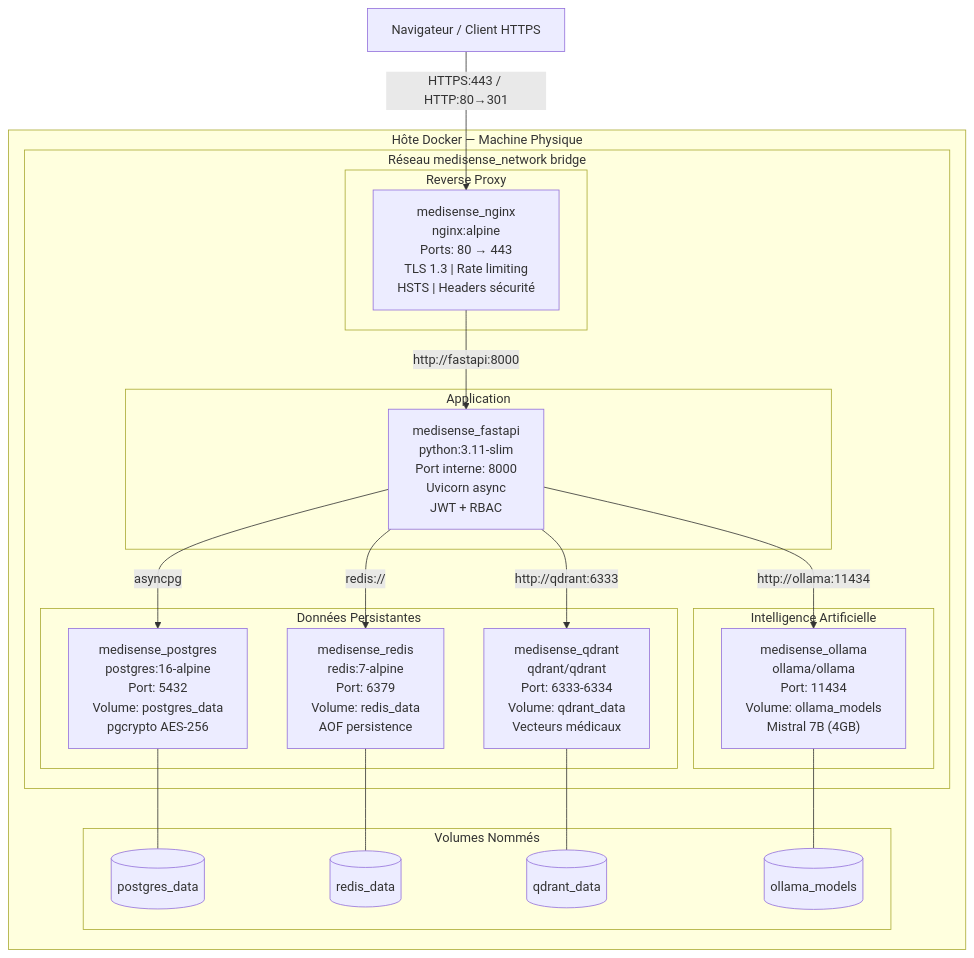
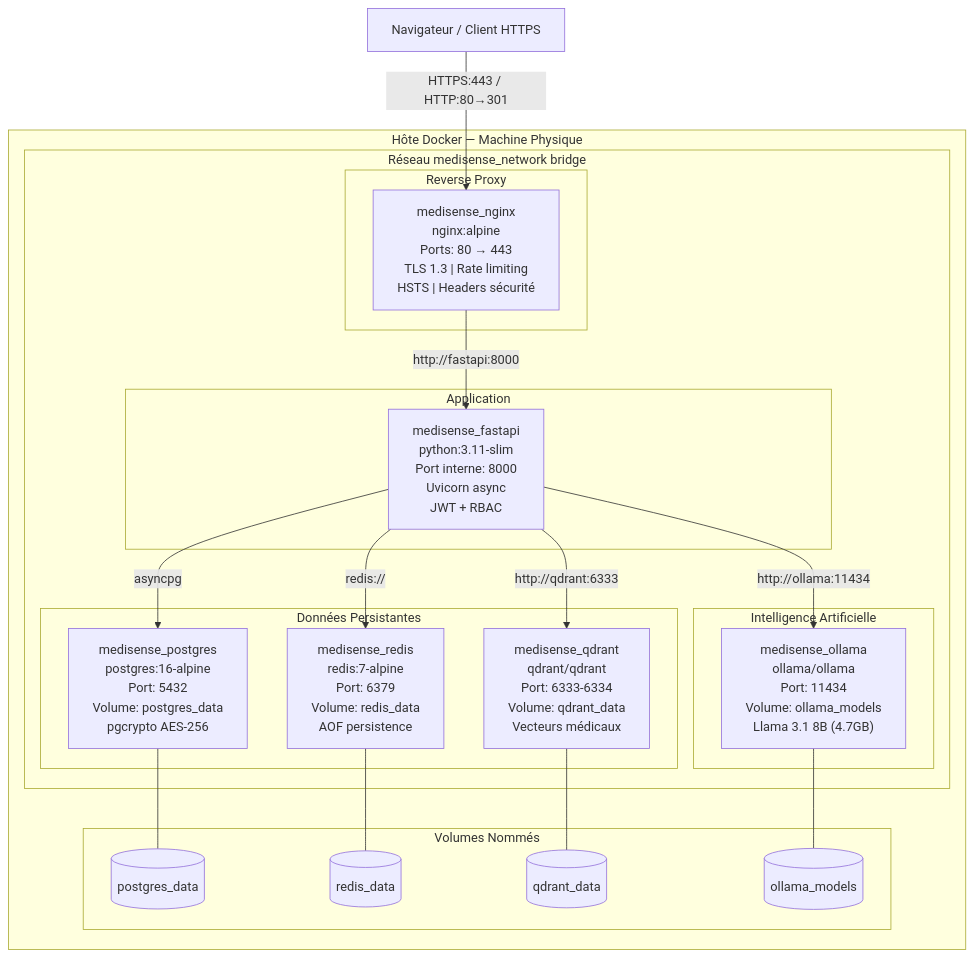
Before and after one commit to Boussyf0/MediSense-AI: the second of 32 diagrams in docs/DIAGRAMMES.md, drawn with Mermaid. The commit also changed other lines of this file and 17 other files, not shown here.

````diff
--- a/docs/DIAGRAMMES.md
+++ b/docs/DIAGRAMMES.md
@@ -129,46 +129,46 @@
 ```mermaid
 flowchart TB
     INTERNET["Navigateur / Client HTTPS"]
 
     subgraph HOST["Hôte Docker — Machine Physique"]
         subgraph NET["Réseau medisense_network bridge"]
 
             subgraph PROXY["Reverse Proxy"]
                 NGINX["medisense_nginx<br/>nginx:alpine<br/>Ports: 80 → 443<br/>TLS 1.3 | Rate limiting<br/>HSTS | Headers sécurité"]
             end
 
             subgraph APP["Application"]
                 FASTAPI["medisense_fastapi<br/>python:3.11-slim<br/>Port interne: 8000<br/>Uvicorn async<br/>JWT + RBAC"]
             end
 
             subgraph DATA["Données Persistantes"]
                 PG["medisense_postgres<br/>postgres:16-alpine<br/>Port: 5432<br/>Volume: postgres_data<br/>pgcrypto AES-256"]
                 REDIS_C["medisense_redis<br/>redis:7-alpine<br/>Port: 6379<br/>Volume: redis_data<br/>AOF persistence"]
                 QDRANT_C["medisense_qdrant<br/>qdrant/qdrant<br/>Port: 6333-6334<br/>Volume: qdrant_data<br/>Vecteurs médicaux"]
             end
 
             subgraph AI["Intelligence Artificielle"]
-                OLLAMA_C["medisense_ollama<br/>ollama/ollama<br/>Port: 11434<br/>Volume: ollama_models<br/>Mistral 7B (4GB)"]
+                OLLAMA_C["medisense_ollama<br/>ollama/ollama<br/>Port: 11434<br/>Volume: ollama_models<br/>Llama 3.1 8B (4.7GB)"]
             end
         end
 
         subgraph VOLS["Volumes Nommés"]
             V1[("postgres_data")]
             V2[("redis_data")]
             V3[("qdrant_data")]
             V4[("ollama_models")]
         end
     end
 
     INTERNET -->|"HTTPS:443 / HTTP:80→301"| NGINX
     NGINX -->|"http://fastapi:8000"| FASTAPI
     FASTAPI -->|"asyncpg"| PG
     FASTAPI -->|"redis://"| REDIS_C
     FASTAPI -->|"http://qdrant:6333"| QDRANT_C
     FASTAPI -->|"http://ollama:11434"| OLLAMA_C
 
     PG --- V1
     REDIS_C --- V2
     QDRANT_C --- V3
     OLLAMA_C --- V4
 ```
````
